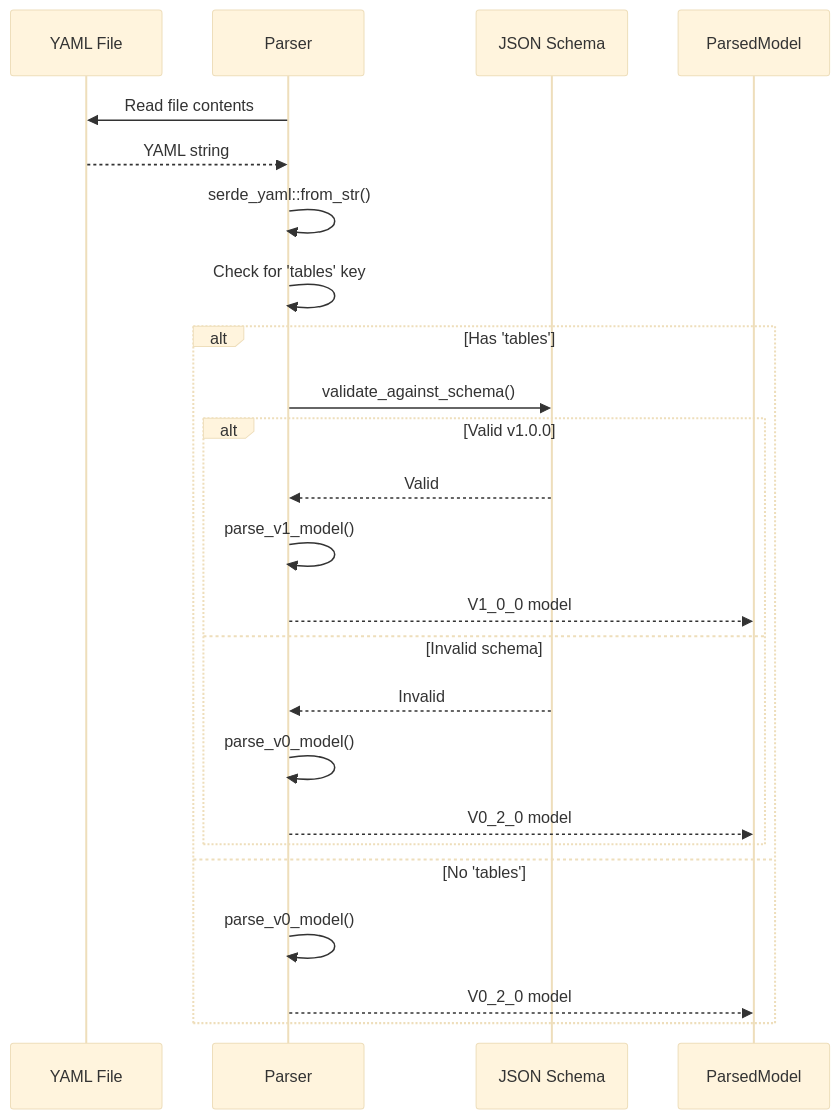
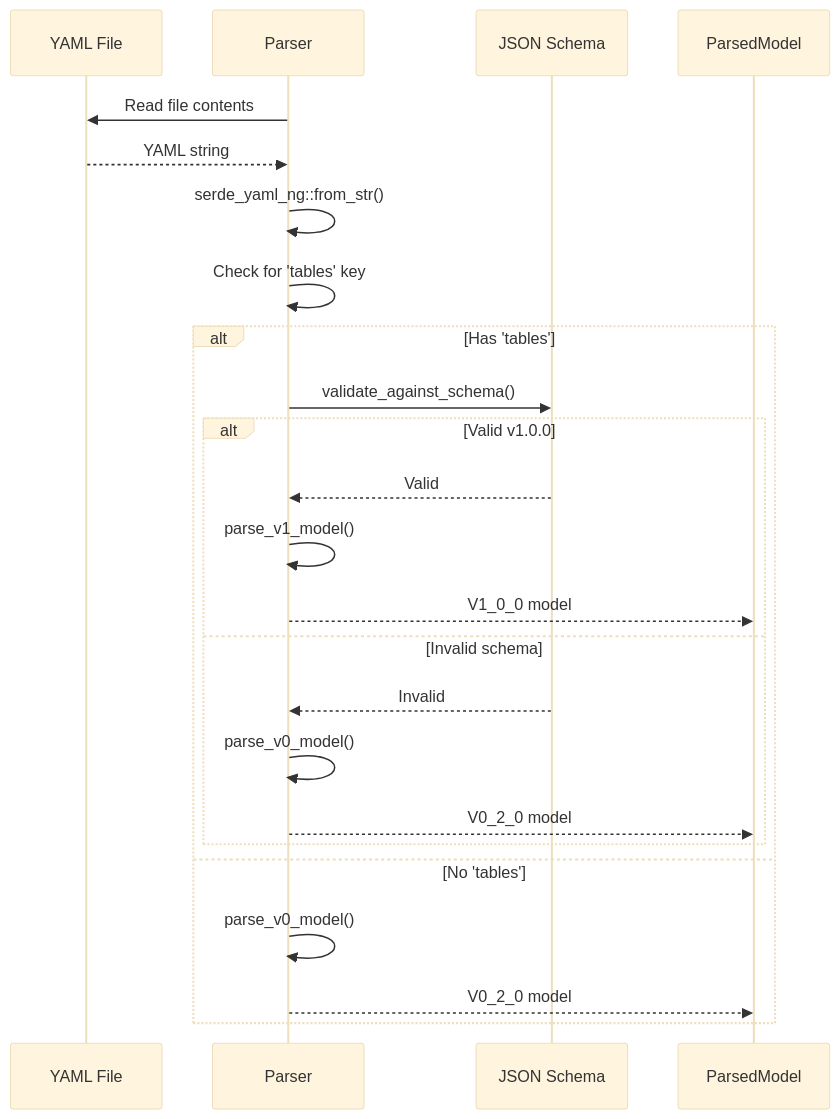
The tenth of 12 diagrams in docs/architecture/01-COMPONENT-ARCHITECTURE.md (mollendorff-ai/forge), drawn with Mermaid (base theme) before and after one commit. The commit also changed other lines of this file and 13 other files, not shown here.

First line of the commit message:
deps: migrate serde_yaml (deprecated) to serde_yaml_ng

````diff
--- a/docs/architecture/01-COMPONENT-ARCHITECTURE.md
+++ b/docs/architecture/01-COMPONENT-ARCHITECTURE.md
@@ -833,27 +833,27 @@
 ```mermaid
 sequenceDiagram
     participant File as YAML File
     participant Parser
     participant Schema as JSON Schema
     participant Model as ParsedModel
 
     Parser->>File: Read file contents
     File-->>Parser: YAML string
-    Parser->>Parser: serde_yaml::from_str()
+    Parser->>Parser: serde_yaml_ng::from_str()
     Parser->>Parser: Check for 'tables' key
     alt Has 'tables'
         Parser->>Schema: validate_against_schema()
         alt Valid v1.0.0
             Schema-->>Parser: Valid
             Parser->>Parser: parse_v1_model()
             Parser-->>Model: V1_0_0 model
         else Invalid schema
             Schema-->>Parser: Invalid
             Parser->>Parser: parse_v0_model()
             Parser-->>Model: V0_2_0 model
         end
     else No 'tables'
         Parser->>Parser: parse_v0_model()
         Parser-->>Model: V0_2_0 model
     end
 ```
````
